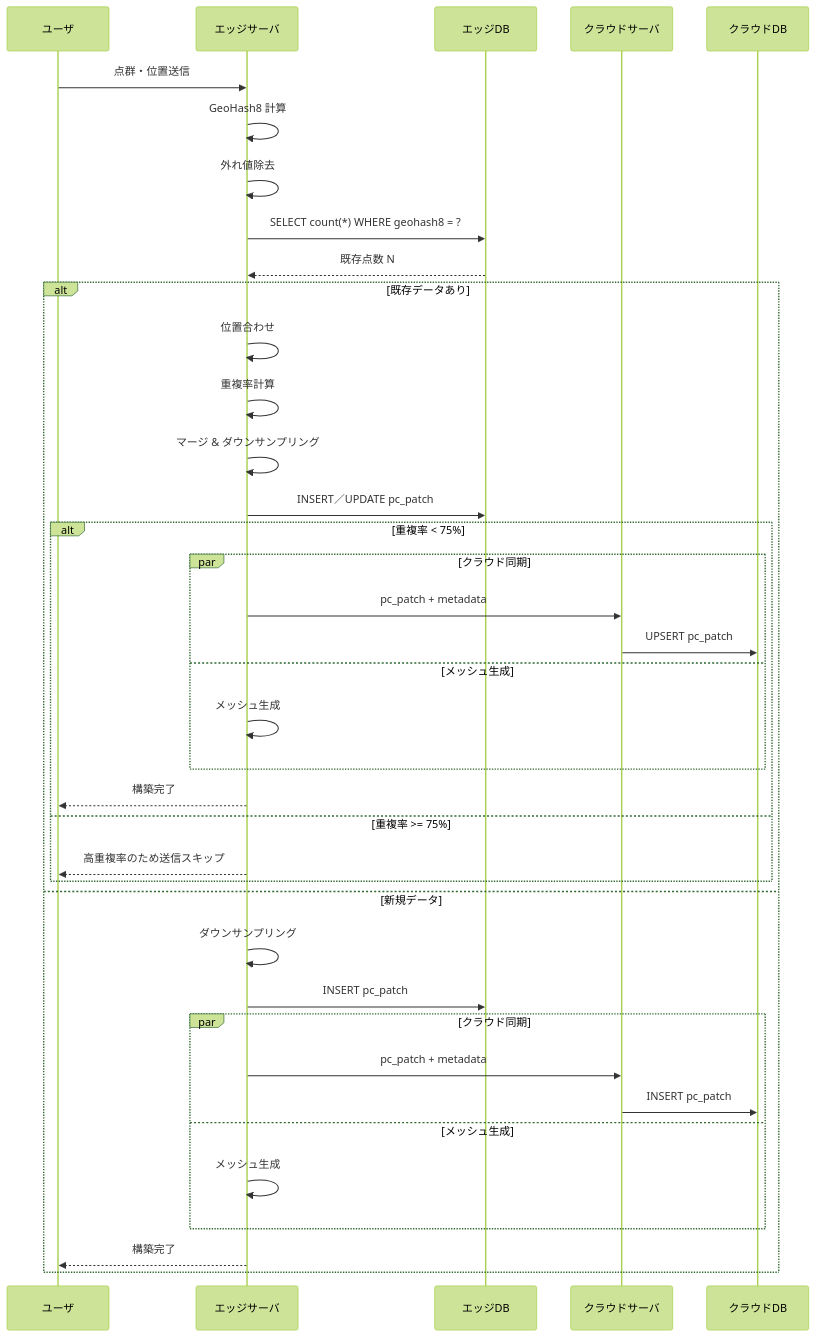
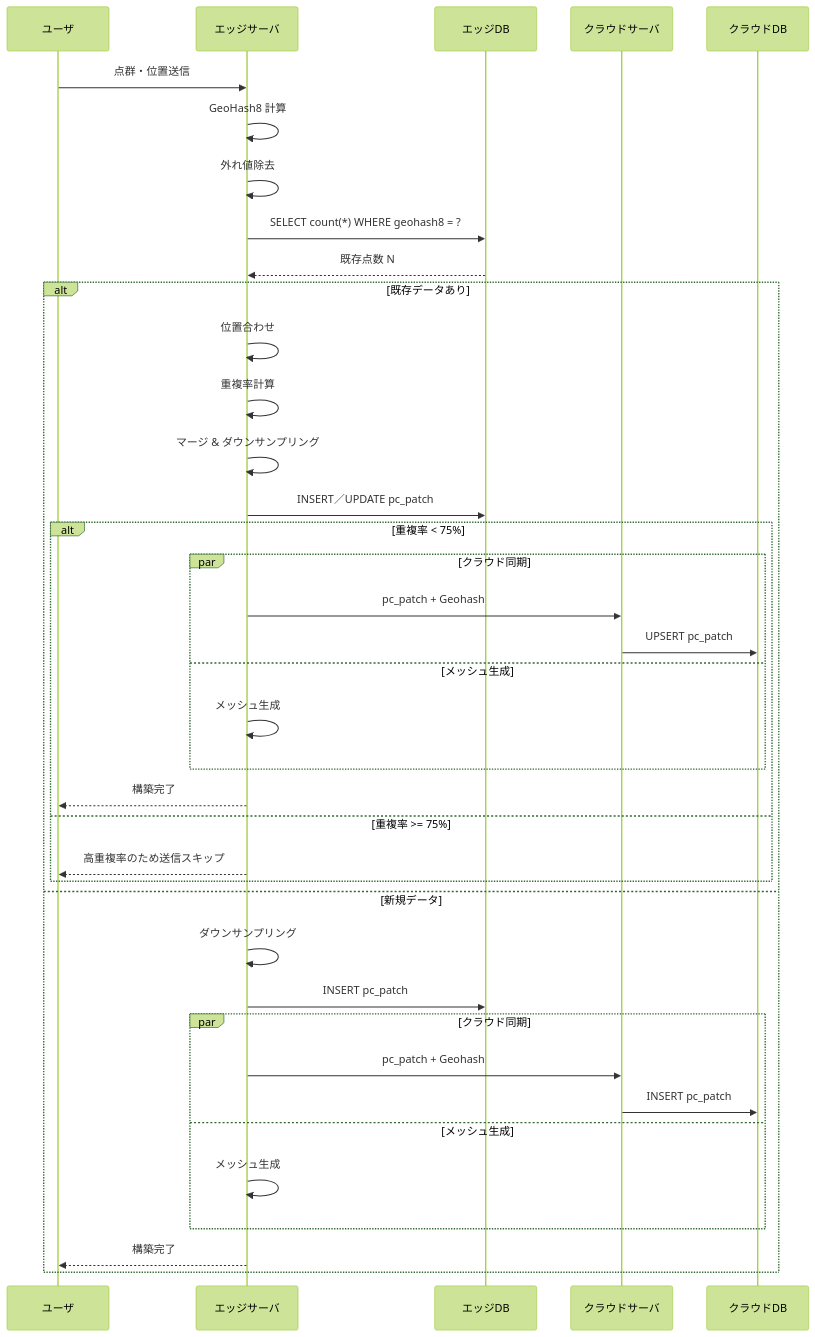
Before and after one commit to yoyo1025/laboratory: the diagram in system-design/detail-construction.md, drawn with Mermaid (forest theme).

Commit message:
fix: metadeta -> Geohash

````diff
--- a/system-design/detail-construction.md
+++ b/system-design/detail-construction.md
@@ -1,45 +1,45 @@
 ```mermaid
 sequenceDiagram
     participant User        as ユーザ
     participant EdgeSrv    as エッジサーバ
     participant EdgeDB      as エッジDB
     participant CloudSrv    as クラウドサーバ
     participant CloudDB     as クラウドDB
 
     User->>EdgeSrv: 点群・位置送信
 
     EdgeSrv->>EdgeSrv: GeoHash8 計算
     EdgeSrv->>EdgeSrv: 外れ値除去
 
     EdgeSrv->>EdgeDB: SELECT count(*) WHERE geohash8 = ?
     EdgeDB-->>EdgeSrv: 既存点数 N
 
     alt 既存データあり
         EdgeSrv->>EdgeSrv: 位置合わせ
         EdgeSrv->>EdgeSrv: 重複率計算
         EdgeSrv->>EdgeSrv: マージ & ダウンサンプリング
         EdgeSrv->>EdgeDB: INSERT／UPDATE pc_patch
 
         alt 重複率 < 75%
             par クラウド同期
-                EdgeSrv->>CloudSrv: pc_patch + metadata
+                EdgeSrv->>CloudSrv: pc_patch + Geohash
                 CloudSrv->>CloudDB: UPSERT pc_patch
             and メッシュ生成
                 EdgeSrv->>EdgeSrv: メッシュ生成
             end
             EdgeSrv-->>User: 構築完了
         else 重複率 >= 75%
             EdgeSrv-->>User: 高重複率のため送信スキップ
         end
     else 新規データ
         EdgeSrv->>EdgeSrv: ダウンサンプリング
         EdgeSrv->>EdgeDB: INSERT pc_patch
          par クラウド同期
-                EdgeSrv->>CloudSrv: pc_patch + metadata
+                EdgeSrv->>CloudSrv: pc_patch + Geohash
                 CloudSrv->>CloudDB: INSERT pc_patch
             and メッシュ生成
                 EdgeSrv->>EdgeSrv: メッシュ生成
             end
         EdgeSrv-->>User: 構築完了
     end
 ```
````
